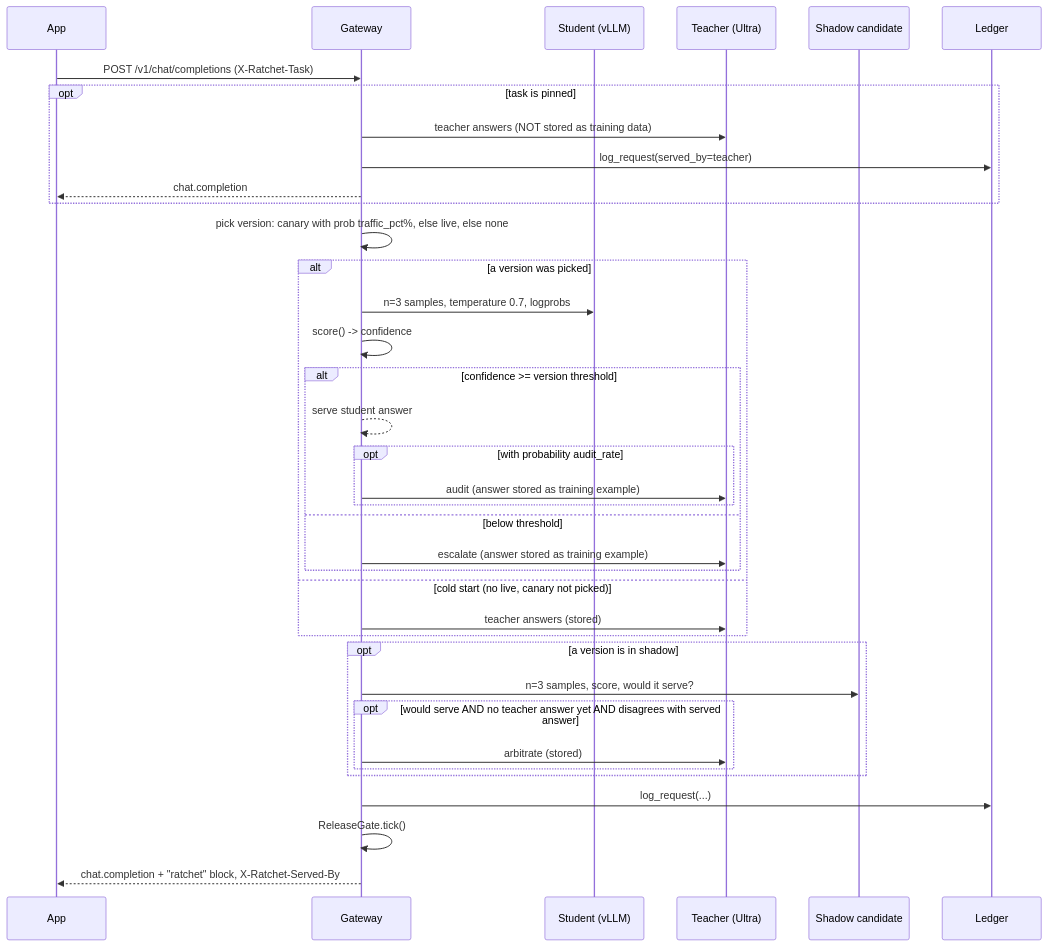
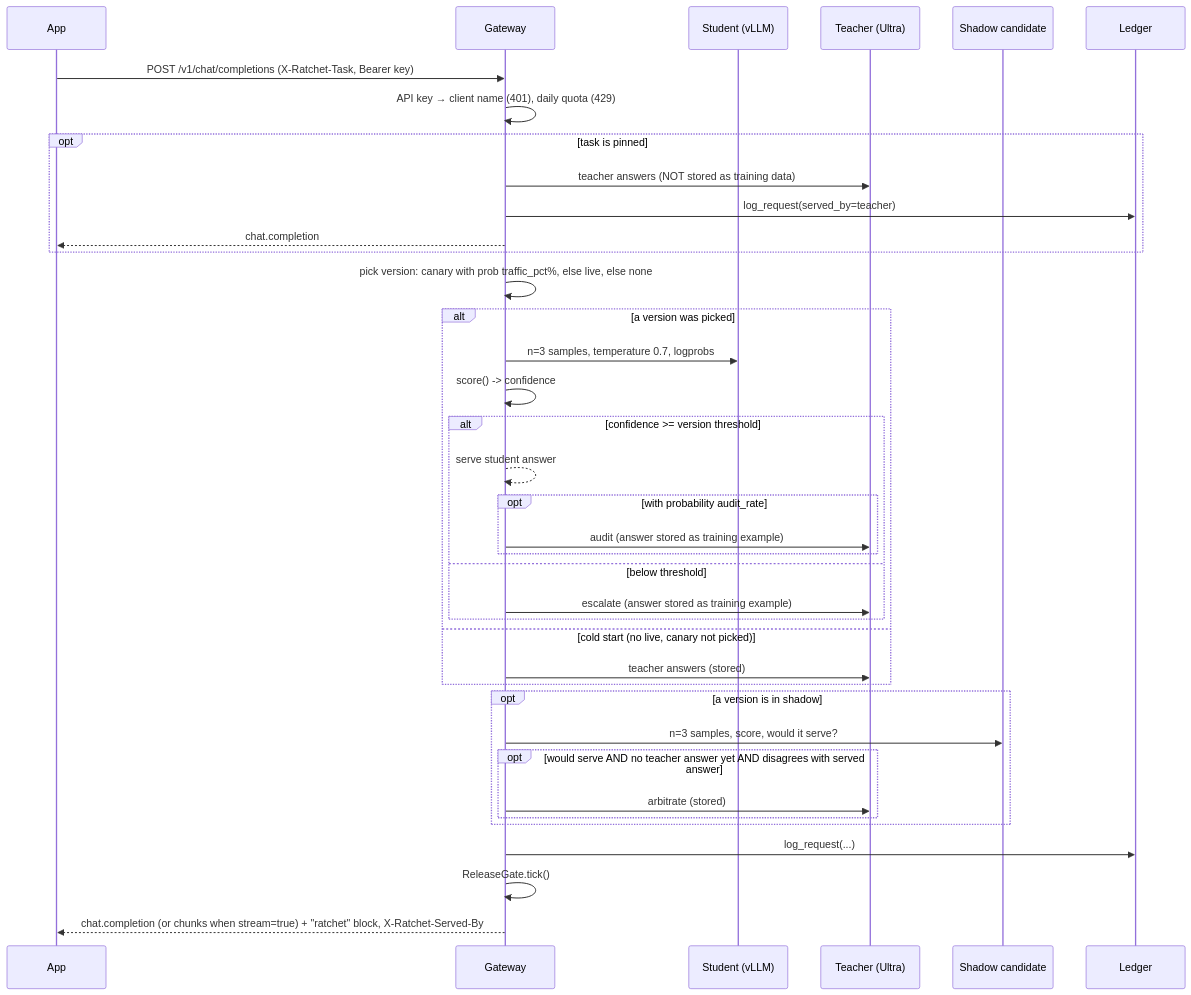
The first of 2 diagrams in docs/ARCHITECTURE.md (harshbhx/ratchet), drawn with Mermaid before and after one commit. The commit also changed other lines of this file and 31 other files, not shown here.

````diff
--- a/docs/ARCHITECTURE.md
+++ b/docs/ARCHITECTURE.md
@@ -67,39 +70,40 @@
 ```mermaid
 sequenceDiagram
     participant App
     participant GW as Gateway
     participant S as Student (vLLM)
     participant T as Teacher (Ultra)
     participant SH as Shadow candidate
     participant L as Ledger
-    App->>GW: POST /v1/chat/completions (X-Ratchet-Task)
+    App->>GW: POST /v1/chat/completions (X-Ratchet-Task, Bearer key)
+    GW->>GW: API key → client name (401), daily quota (429)
     opt task is pinned
         GW->>T: teacher answers (NOT stored as training data)
         GW->>L: log_request(served_by=teacher)
         GW-->>App: chat.completion
     end
     GW->>GW: pick version: canary with prob traffic_pct%, else live, else none
     alt a version was picked
         GW->>S: n=3 samples, temperature 0.7, logprobs
         GW->>GW: score() -> confidence
         alt confidence >= version threshold
             GW-->>GW: serve student answer
             opt with probability audit_rate
                 GW->>T: audit (answer stored as training example)
             end
         else below threshold
             GW->>T: escalate (answer stored as training example)
         end
     else cold start (no live, canary not picked)
         GW->>T: teacher answers (stored)
     end
     opt a version is in shadow
         GW->>SH: n=3 samples, score, would it serve?
         opt would serve AND no teacher answer yet AND disagrees with served answer
             GW->>T: arbitrate (stored)
         end
     end
     GW->>L: log_request(...)
     GW->>GW: ReleaseGate.tick()
-    GW-->>App: chat.completion + "ratchet" block, X-Ratchet-Served-By
+    GW-->>App: chat.completion (or chunks when stream=true) + "ratchet" block, X-Ratchet-Served-By
 ```
````
